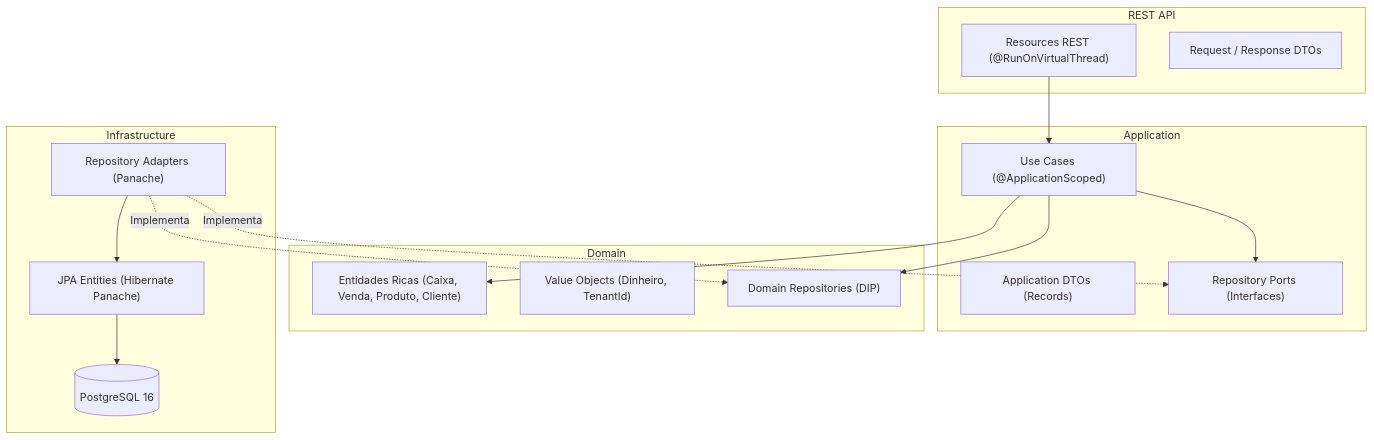
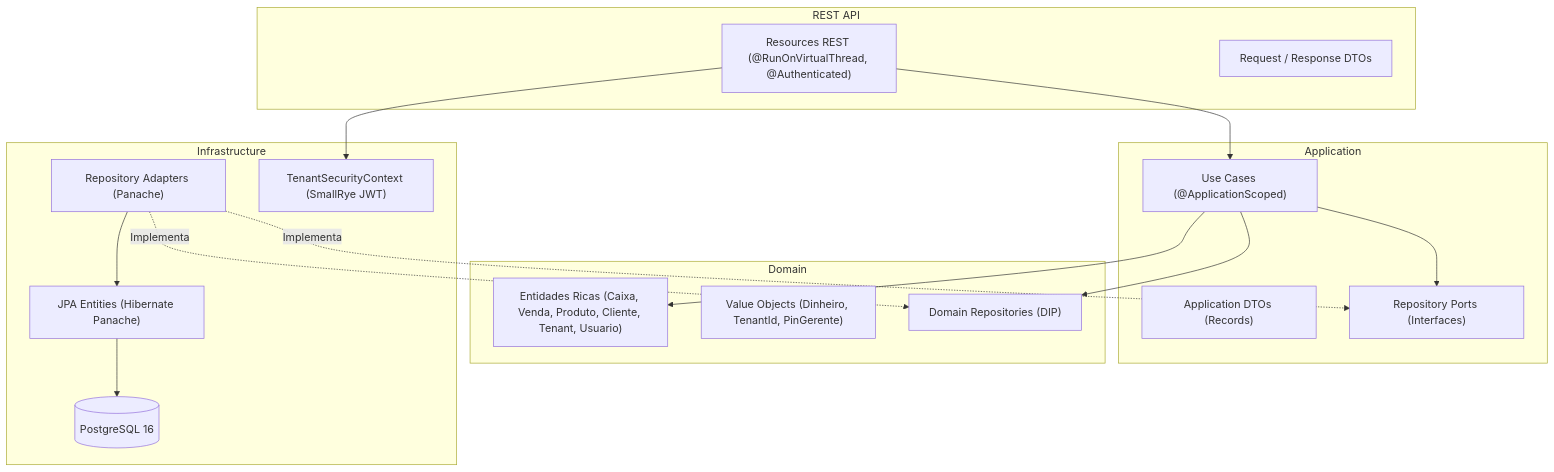
Before and after one commit to henriquecosta1/mercado-api: the diagram in README.md, drawn with Mermaid. The commit also changed other lines of this file, not shown here.

````diff
--- a/README.md
+++ b/README.md
@@ -78,34 +88,36 @@
 ```mermaid
 graph TD
     subgraph REST API
-        Resource["Resources REST (@RunOnVirtualThread)"]
+        Resource["Resources REST (@RunOnVirtualThread, @Authenticated)"]
         ReqDTO["Request / Response DTOs"]
     end
 
     subgraph Application
         UseCase["Use Cases (@ApplicationScoped)"]
         AppDTO["Application DTOs (Records)"]
         PortOut["Repository Ports (Interfaces)"]
     end
 
     subgraph Domain
-        Entities["Entidades Ricas (Caixa, Venda, Produto, Cliente)"]
-        VO["Value Objects (Dinheiro, TenantId)"]
+        Entities["Entidades Ricas (Caixa, Venda, Produto, Cliente, Tenant, Usuario)"]
+        VO["Value Objects (Dinheiro, TenantId, PinGerente)"]
         DomainRepo["Domain Repositories (DIP)"]
     end
 
     subgraph Infrastructure
         Adapter["Repository Adapters (Panache)"]
         JpaEntity["JPA Entities (Hibernate Panache)"]
+        Security["TenantSecurityContext (SmallRye JWT)"]
         Postgres[(PostgreSQL 16)]
     end
 
     Resource --> UseCase
+    Resource --> Security
     UseCase --> Entities
     UseCase --> PortOut
     UseCase --> DomainRepo
     Adapter -.->|Implementa| DomainRepo
     Adapter -.->|Implementa| PortOut
     Adapter --> JpaEntity
     JpaEntity --> Postgres
 ```
````
